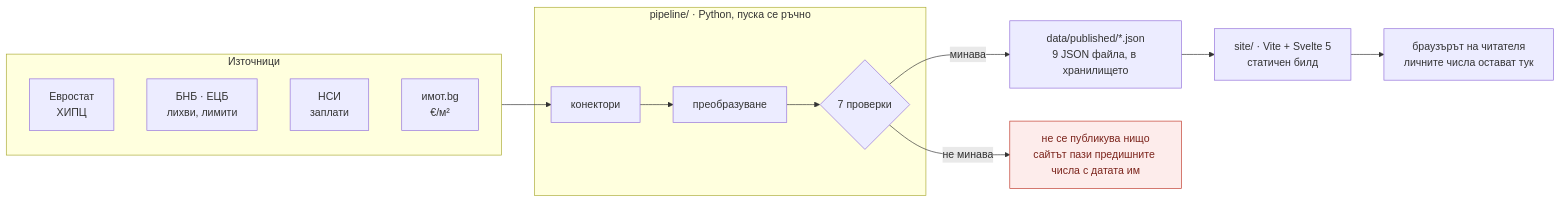
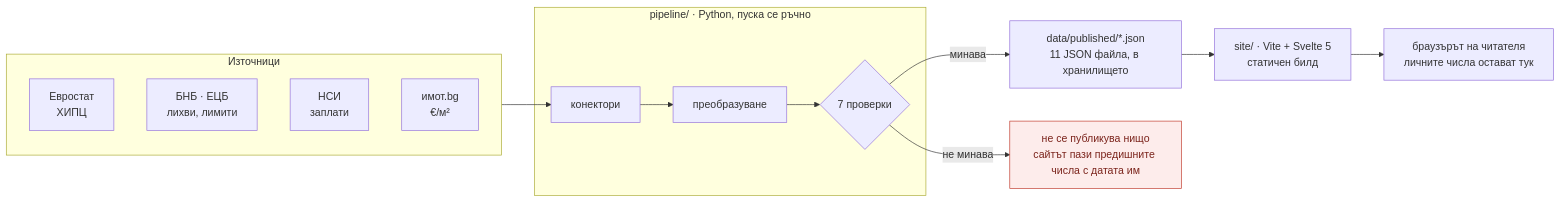
The diagram in README.bg.md (vyarno-bg/vyarno), drawn with Mermaid before and after one commit. The commit also changed other lines of this file and 55 other files, not shown here.

````diff
--- a/README.bg.md
+++ b/README.bg.md
@@ -122,25 +129,25 @@
 ```mermaid
 flowchart LR
   subgraph up["Източници"]
     E["Евростат<br/>ХИПЦ"]
     B["БНБ · ЕЦБ<br/>лихви, лимити"]
     N["НСИ<br/>заплати"]
     I["имот.bg<br/>€/м²"]
   end
 
   subgraph pipe["pipeline/ · Python, пуска се ръчно"]
     C["конектори"] --> T["преобразуване"] --> G{"7 проверки"}
   end
 
-  J["data/published/*.json<br/>9 JSON файла, в хранилището"]
+  J["data/published/*.json<br/>11 JSON файла, в хранилището"]
   S["site/ · Vite + Svelte 5<br/>статичен билд"]
   U["браузърът на читателя<br/>личните числа остават тук"]
 
   up --> C
   G -->|"минава"| J
   G -->|"не минава"| X["не се публикува нищо<br/>сайтът пази предишните числа с датата им"]
   J --> S --> U
 
   classDef stop fill:#fdeceb,stroke:#c0392b,color:#7b241c;
   class X stop;
 ```
````
